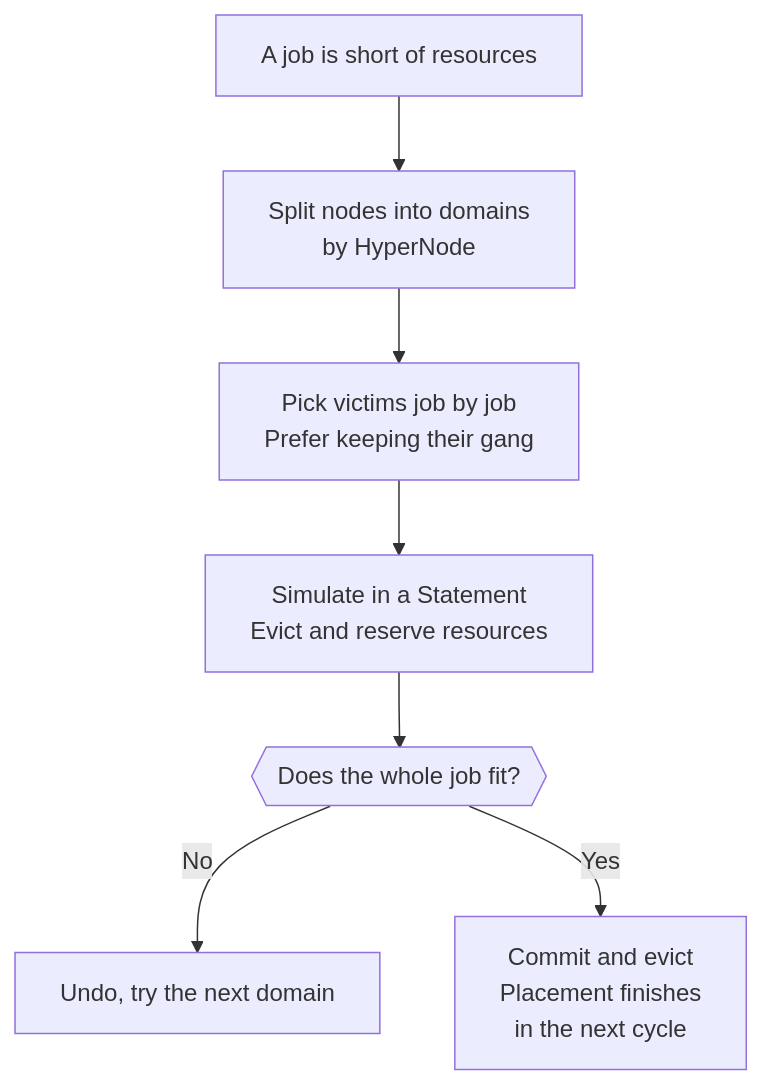
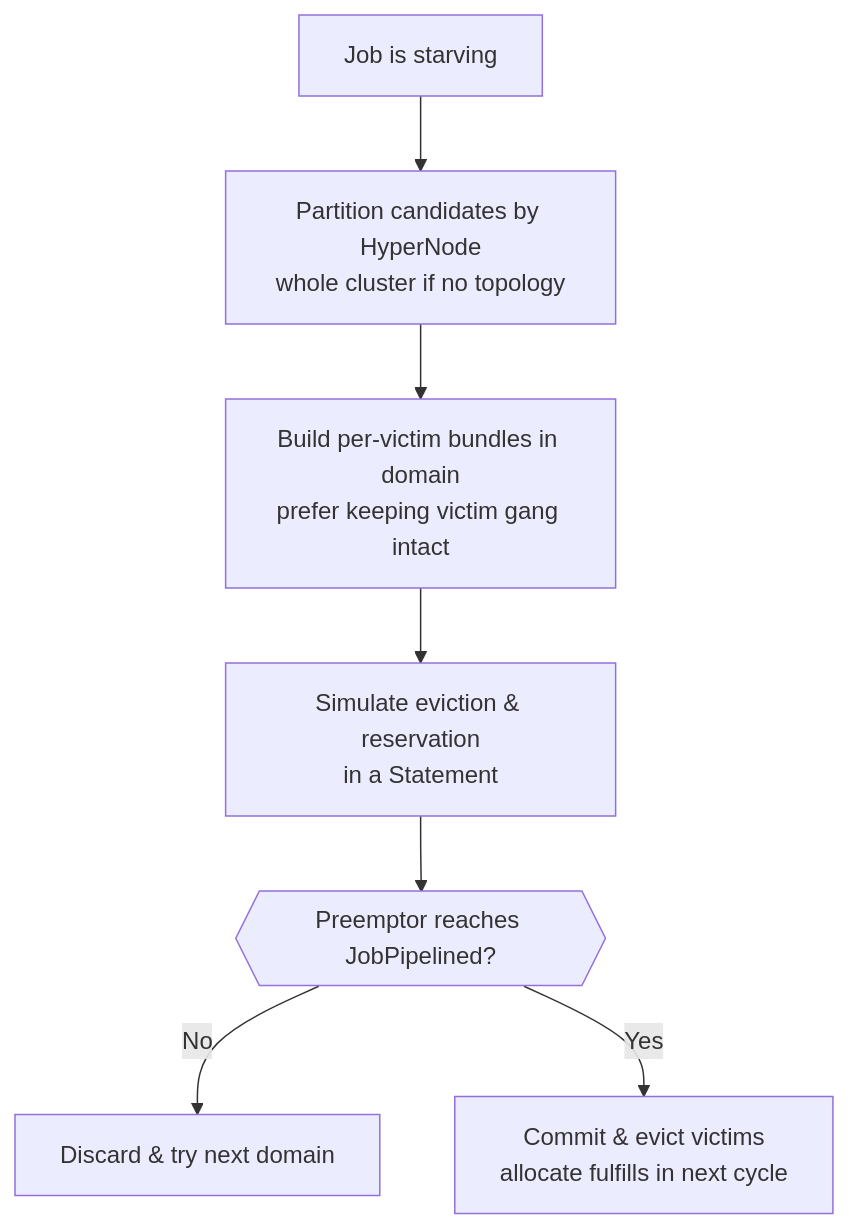
One commit to JesseStutler/volcano changed the ninth of 11 diagrams in docs/research/k8s-workload-aware-scheduling-vs-volcano.md. Above: the diagram before and after it, drawn with Mermaid. The commit also changed other lines of this file and 1 other file, not shown here.

````diff
--- a/docs/research/k8s-workload-aware-scheduling-vs-volcano.md
+++ b/docs/research/k8s-workload-aware-scheduling-vs-volcano.md
@@ -468,9 +387,9 @@
 ```mermaid
 flowchart TD
-    A["A job is short of resources"] --> B["Split nodes into domains<br/>by HyperNode"]
-    B --> C["Pick victims job by job<br/>Prefer keeping their gang"]
-    C --> D["Simulate in a Statement<br/>Evict and reserve resources"]
-    D --> E{{"Does the whole job fit?"}}
-    E -- No --> F["Undo, try the next domain"]
-    E -- Yes --> G["Commit and evict<br/>Placement finishes<br/>in the next cycle"]
+    A["Job is starving"] --> B["Partition candidates by HyperNode<br/>whole cluster if no topology"]
+    B --> C["Build per-victim bundles in domain<br/>prefer keeping victim gang intact"]
+    C --> D["Simulate eviction & reservation<br/>in a Statement"]
+    D --> E{{"Preemptor reaches JobPipelined?"}}
+    E -- No --> F["Discard & try next domain"]
+    E -- Yes --> G["Commit & evict victims<br/>allocate fulfills in next cycle"]
 ```
````
